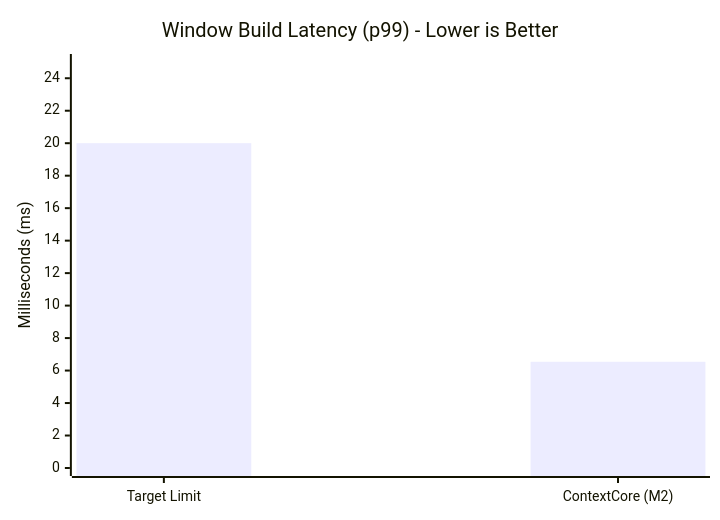
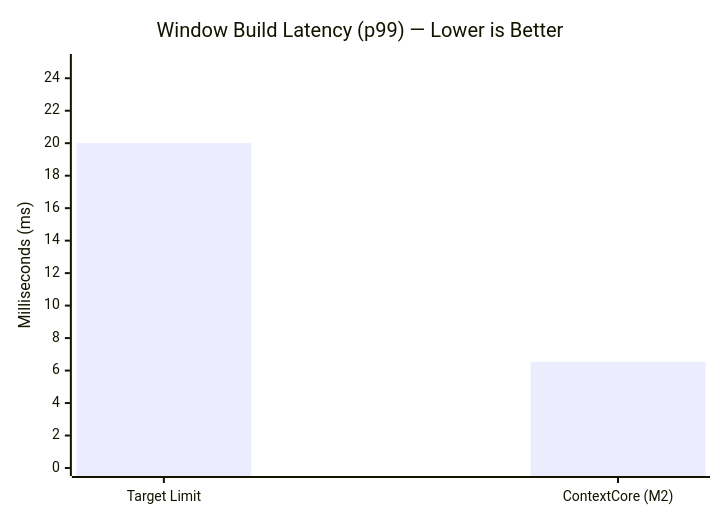
One commit to christopherkarani/ContextCore changed the second of 3 diagrams in README.md. Above: the diagram before and after it, drawn with Mermaid. The commit also changed other lines of this file, not shown here.

````diff
--- a/README.md
+++ b/README.md
@@ -83,7 +150,7 @@
 ```mermaid
 xychart-beta
-    title "Window Build Latency (p99) - Lower is Better"
+    title "Window Build Latency (p99) — Lower is Better"
     x-axis ["Target Limit", "ContextCore (M2)"]
     y-axis "Milliseconds (ms)" 0 --> 25
     bar [20.0, 6.54]
 ```
````
